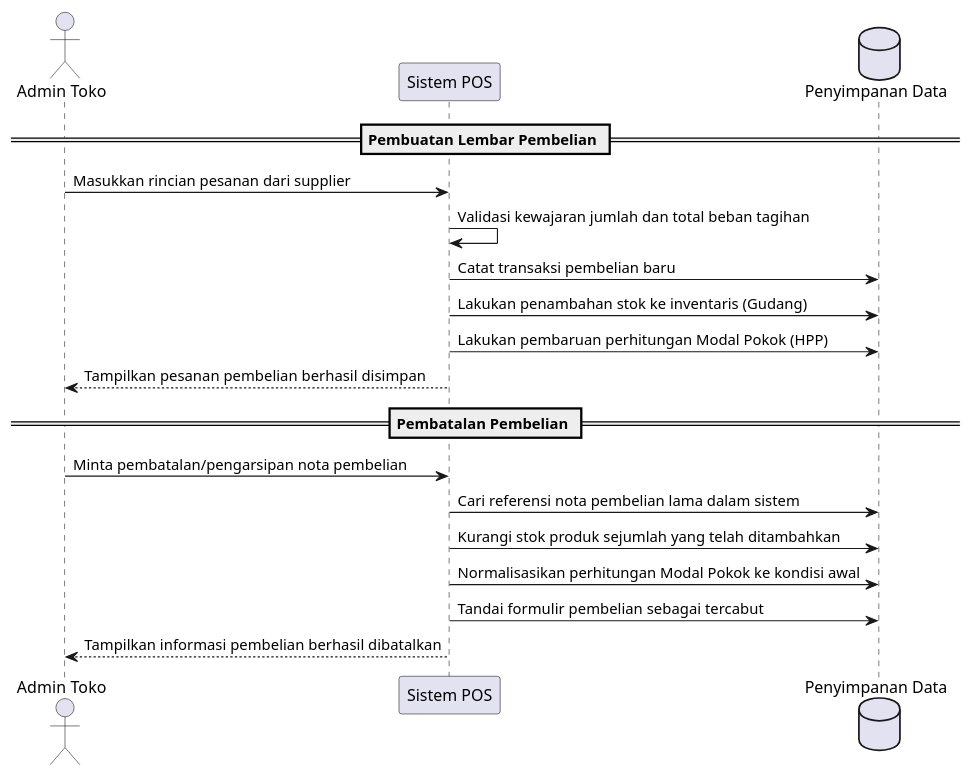
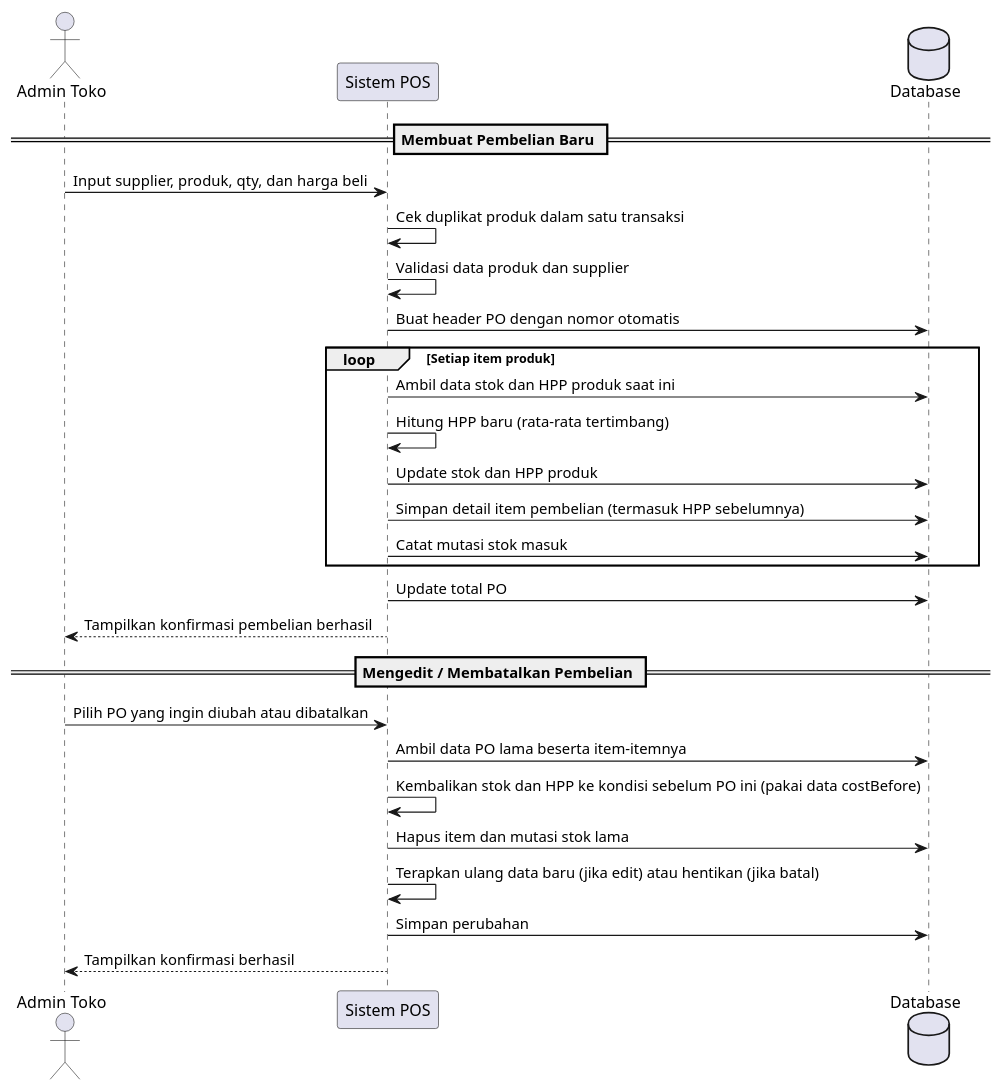
The diagram in docs/uml-sequence-purchase.puml (Aditiarzky/pos-app), drawn with PlantUML before and after one commit. The commit also changed 41 other files, not shown here.

```diff
--- a/docs/uml-sequence-purchase.puml
+++ b/docs/uml-sequence-purchase.puml
@@ -1,21 +1,29 @@
 @startuml
 actor "Admin Toko" as Admin
 participant "Sistem POS" as App
-database "Penyimpanan Data" as DB
+database "Database" as DB
 
-== Pembuatan Lembar Pembelian ==
-Admin -> App: Masukkan rincian pesanan dari supplier
-App -> App: Validasi kewajaran jumlah dan total beban tagihan
-App -> DB: Catat transaksi pembelian baru
-App -> DB: Lakukan penambahan stok ke inventaris (Gudang)
-App -> DB: Lakukan pembaruan perhitungan Modal Pokok (HPP)
-App --> Admin: Tampilkan pesanan pembelian berhasil disimpan
+== Membuat Pembelian Baru ==
+Admin -> App: Input supplier, produk, qty, dan harga beli
+App -> App: Cek duplikat produk dalam satu transaksi
+App -> App: Validasi data produk dan supplier
+App -> DB: Buat header PO dengan nomor otomatis
+loop Setiap item produk
+  App -> DB: Ambil data stok dan HPP produk saat ini
+  App -> App: Hitung HPP baru (rata-rata tertimbang)
+  App -> DB: Update stok dan HPP produk
+  App -> DB: Simpan detail item pembelian (termasuk HPP sebelumnya)
+  App -> DB: Catat mutasi stok masuk
+end
+App -> DB: Update total PO
+App --> Admin: Tampilkan konfirmasi pembelian berhasil
 
-== Pembatalan Pembelian ==
-Admin -> App: Minta pembatalan/pengarsipan nota pembelian
-App -> DB: Cari referensi nota pembelian lama dalam sistem
-App -> DB: Kurangi stok produk sejumlah yang telah ditambahkan
-App -> DB: Normalisasikan perhitungan Modal Pokok ke kondisi awal
-App -> DB: Tandai formulir pembelian sebagai tercabut
-App --> Admin: Tampilkan informasi pembelian berhasil dibatalkan
+== Mengedit / Membatalkan Pembelian ==
+Admin -> App: Pilih PO yang ingin diubah atau dibatalkan
+App -> DB: Ambil data PO lama beserta item-itemnya
+App -> App: Kembalikan stok dan HPP ke kondisi sebelum PO ini (pakai data costBefore)
+App -> DB: Hapus item dan mutasi stok lama
+App -> App: Terapkan ulang data baru (jika edit) atau hentikan (jika batal)
+App -> DB: Simpan perubahan
+App --> Admin: Tampilkan konfirmasi berhasil
 @enduml
```
